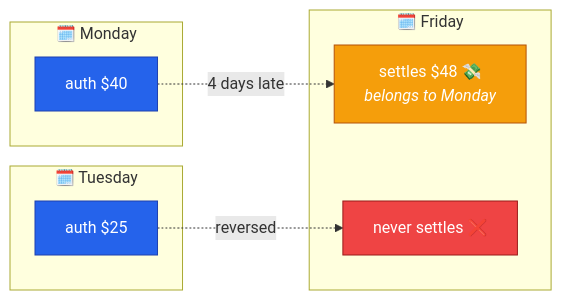
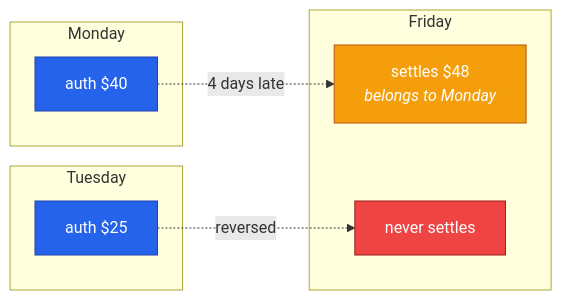
One commit to swapnatondapu7-netizen/merchant-settlement-dbt changed the first of 2 diagrams in README.md. Above: the diagram before and after it, drawn with Mermaid. The commit also changed other lines of this file, not shown here.

````diff
--- a/README.md
+++ b/README.md
@@ -31,20 +31,20 @@
 ```mermaid
 flowchart LR
-    subgraph day1 ["🗓️ Monday"]
+    subgraph day1 ["Monday"]
       A1["auth $40"]
     end
-    subgraph day2 ["🗓️ Tuesday"]
+    subgraph day2 ["Tuesday"]
       A2["auth $25"]
     end
-    subgraph friday ["🗓️ Friday"]
-      S1["settles $48 💸<br/><i>belongs to Monday</i>"]
-      S2["never settles ❌"]
+    subgraph friday ["Friday"]
+      S1["settles $48<br/><i>belongs to Monday</i>"]
+      S2["never settles"]
     end
     A1 -.4 days late.-> S1
     A2 -.reversed.-> S2
 
     style A1 fill:#2563eb,stroke:#1e40af,color:#fff
     style A2 fill:#2563eb,stroke:#1e40af,color:#fff
     style S1 fill:#f59e0b,stroke:#b45309,color:#fff
     style S2 fill:#ef4444,stroke:#991b1b,color:#fff
 ```
````
